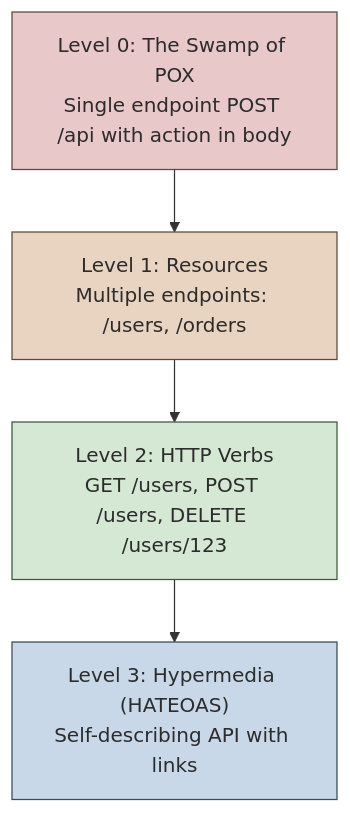
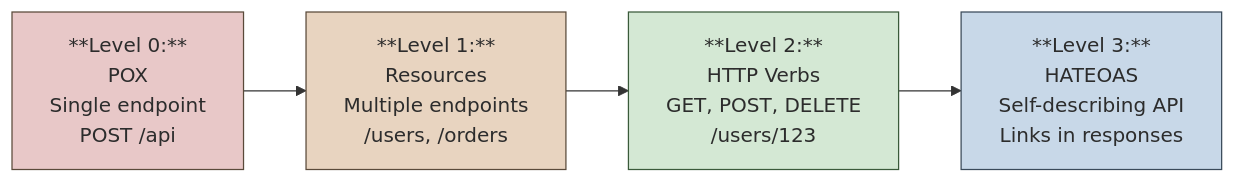
One commit to blackwell-systems/blog changed the diagram in book/manuscript/images/diagrams/mmd/chapter-11-api-design-diagram-1.mmd. Above: the diagram before and after it, drawn with Mermaid. The commit also changed 3 other files, not shown here.

First line of the commit message:
Replace Chapter 11 diagram 1 with horizontal layout

```diff
--- a/book/manuscript/images/diagrams/mmd/chapter-11-api-design-diagram-1.mmd
+++ b/book/manuscript/images/diagrams/mmd/chapter-11-api-design-diagram-1.mmd
@@ -1,14 +1,12 @@
-flowchart TB
-    level0["Level 0: The Swamp of POX<br/>Single endpoint POST /api with action in body"]
-    level1["Level 1: Resources<br/>Multiple endpoints: /users, /orders"]
-    level2["Level 2: HTTP Verbs<br/>GET /users, POST /users, DELETE /users/123"]
-    level3["Level 3: Hypermedia (HATEOAS)<br/>Self-describing API with links"]
+flowchart LR
+    level0["**Level 0:**<br/>POX<br/>Single endpoint<br/>POST /api"]
+    level1["**Level 1:**<br/>Resources<br/>Multiple endpoints<br/>/users, /orders"]
+    level2["**Level 2:**<br/>HTTP Verbs<br/>GET, POST, DELETE<br/>/users/123"]
+    level3["**Level 3:**<br/>HATEOAS<br/>Self-describing API<br/>Links in responses"]
     
-    level0 --> level1
-    level1 --> level2
-    level2 --> level3
+    level0 --> level1 --> level2 --> level3
     
     style level0 fill:#E8C8C8,stroke:#5a4a3a,color:#2c2c2c
     style level1 fill:#E8D4C0,stroke:#5a4a3a,color:#2c2c2c
     style level2 fill:#D4E8D4,stroke:#3a5a3a,color:#2c2c2c
     style level3 fill:#C8D8E8,stroke:#3a4a5a,color:#2c2c2c
```
